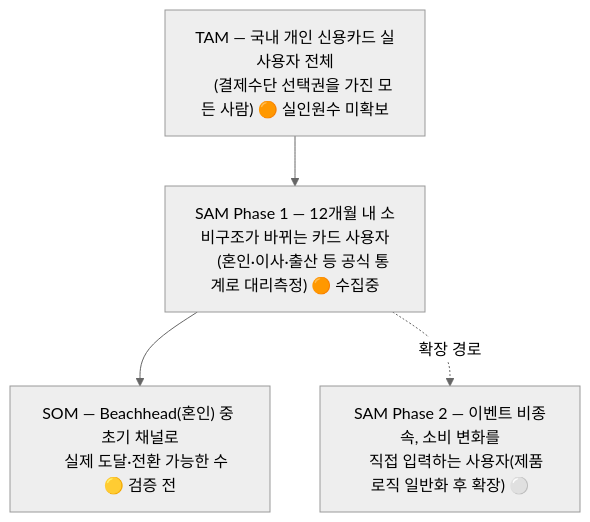
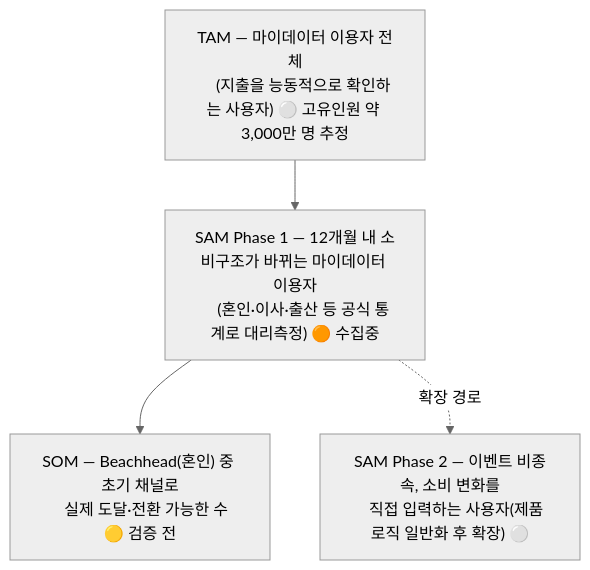
Before and after one commit to jennie-brain/team-project_2nd: the second of 3 diagrams in 윤정/0818_1페이지 브리프.md, drawn with Mermaid (neutral theme). The commit also changed other lines of this file and 6 other files, not shown here.

````diff
--- a/윤정/0818_1페이지 브리프.md
+++ b/윤정/0818_1페이지 브리프.md
@@ -48,13 +50,13 @@
 ```mermaid
 flowchart TD
-    TAM["TAM — 국내 개인 신용카드 실사용자 전체
-    (결제수단 선택권을 가진 모든 사람) 🟠 실인원수 미확보"]
-    SAM1["SAM Phase 1 — 12개월 내 소비구조가 바뀌는 카드 사용자
+    TAM["TAM — 마이데이터 이용자 전체
+    (지출을 능동적으로 확인하는 사용자) ⚪ 고유인원 약 3,000만 명 추정"]
+    SAM1["SAM Phase 1 — 12개월 내 소비구조가 바뀌는 마이데이터 이용자
     (혼인·이사·출산 등 공식 통계로 대리측정) 🟠 수집중"]
     SAM2["SAM Phase 2 — 이벤트 비종속, 소비 변화를
     직접 입력하는 사용자(제품 로직 일반화 후 확장) ⚪"]
     SOM["SOM — Beachhead(혼인) 중 초기 채널로
     실제 도달·전환 가능한 수 🟡 검증 전"]
     TAM --> SAM1 --> SOM
     SAM1 -. 확장 경로 .-> SAM2
 ```
````
